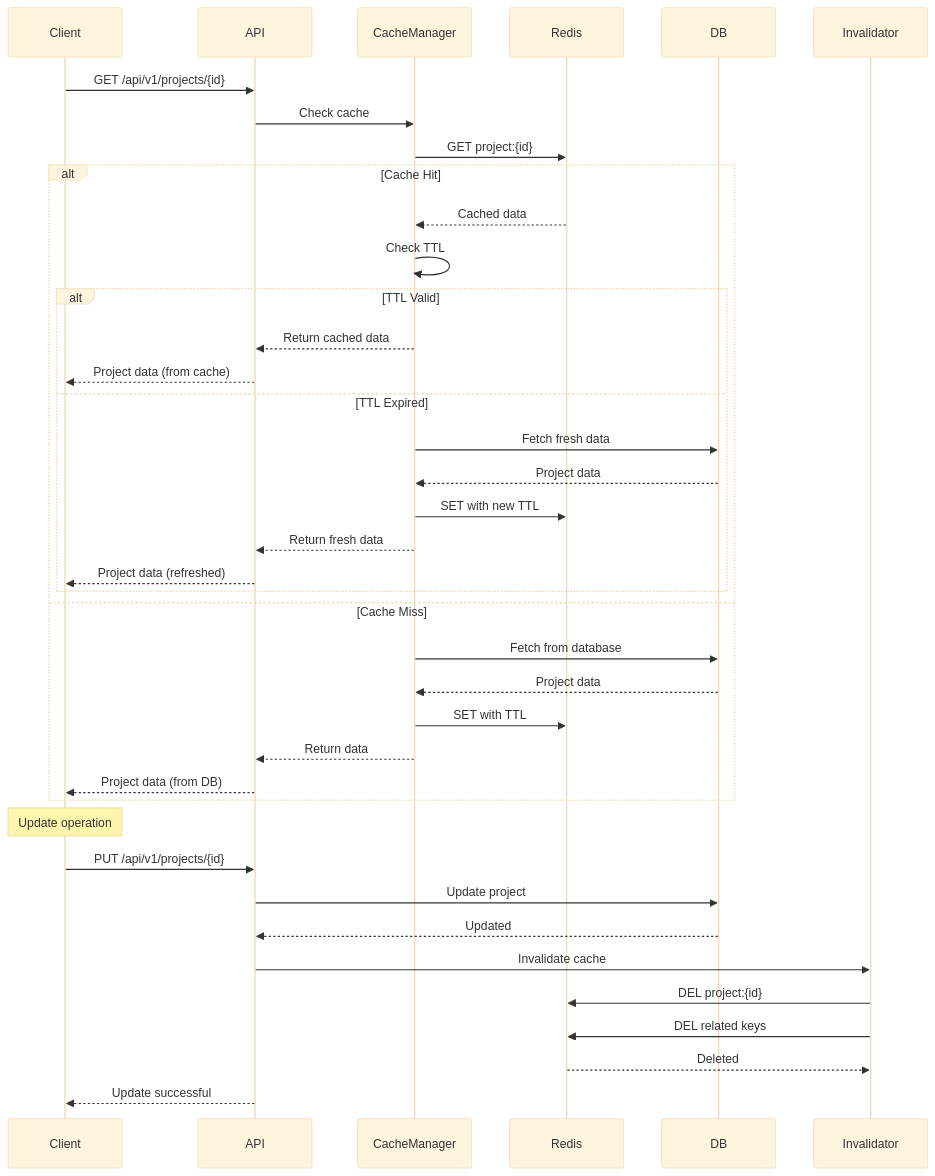
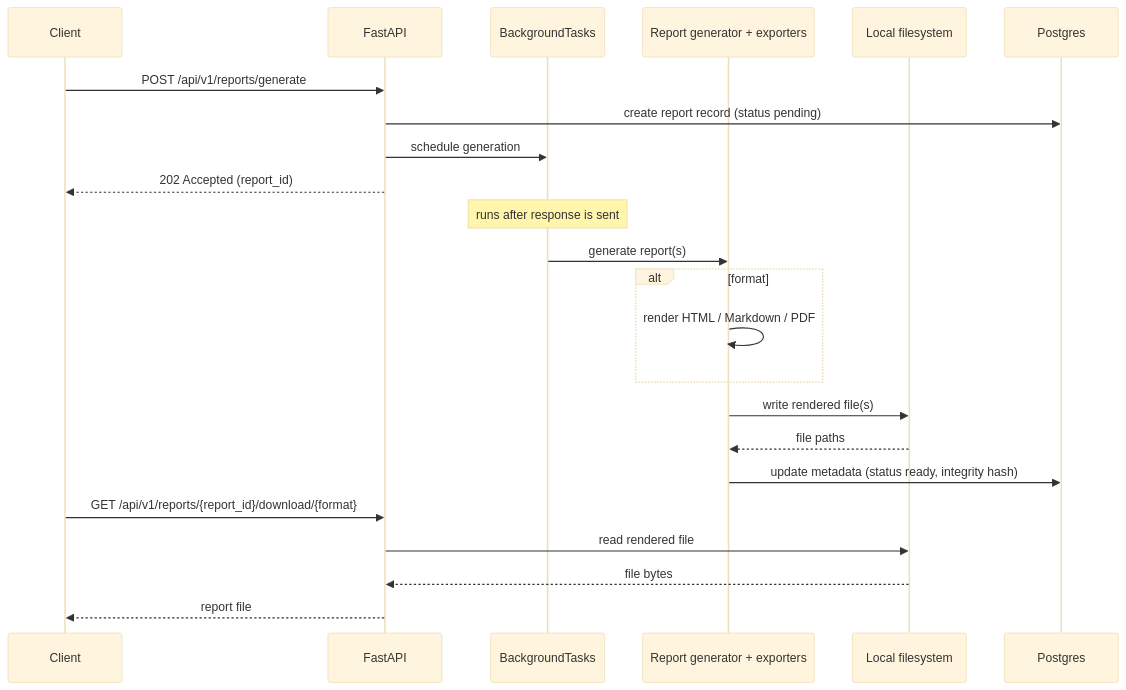
One commit to jsogarro/cerebro changed the eighth of 10 diagrams in docs/workflow-sequence-diagrams.md. Above: the diagram before and after it, drawn with Mermaid (base theme). The commit also changed other lines of this file and 36 other files, not shown here.

First line of the commit message:
docs: align all documentation with the current architecture

````diff
--- a/docs/workflow-sequence-diagrams.md
+++ b/docs/workflow-sequence-diagrams.md
@@ -359,45 +364,29 @@
 ```mermaid
 sequenceDiagram
     participant Client
-    participant API
-    participant CacheManager
-    participant Redis
-    participant DB
-    participant Invalidator
-    
-    Client->>API: GET /api/v1/projects/{id}
-    API->>CacheManager: Check cache
-    CacheManager->>Redis: GET project:{id}
-    
-    alt Cache Hit
-        Redis-->>CacheManager: Cached data
-        CacheManager->>CacheManager: Check TTL
-        alt TTL Valid
-            CacheManager-->>API: Return cached data
-            API-->>Client: Project data (from cache)
-        else TTL Expired
-            CacheManager->>DB: Fetch fresh data
-            DB-->>CacheManager: Project data
-            CacheManager->>Redis: SET with new TTL
-            CacheManager-->>API: Return fresh data
-            API-->>Client: Project data (refreshed)
-        end
-    else Cache Miss
-        CacheManager->>DB: Fetch from database
-        DB-->>CacheManager: Project data
-        CacheManager->>Redis: SET with TTL
-        CacheManager-->>API: Return data
-        API-->>Client: Project data (from DB)
+    participant API as FastAPI
+    participant BG as BackgroundTasks
+    participant Gen as Report generator + exporters
+    participant FS as Local filesystem
+    participant DB as Postgres
+
+    Client->>API: POST /api/v1/reports/generate
+    API->>DB: create report record (status pending)
+    API->>BG: schedule generation
+    API-->>Client: 202 Accepted (report_id)
+
+    Note over BG: runs after response is sent
+
+    BG->>Gen: generate report(s)
+    alt format
+        Gen->>Gen: render HTML / Markdown / PDF
     end
-    
-    Note over Client: Update operation
-    
-    Client->>API: PUT /api/v1/projects/{id}
-    API->>DB: Update project
-    DB-->>API: Updated
-    API->>Invalidator: Invalidate cache
-    Invalidator->>Redis: DEL project:{id}
-    Invalidator->>Redis: DEL related keys
-    Redis-->>Invalidator: Deleted
-    API-->>Client: Update successful
+    Gen->>FS: write rendered file(s)
+    FS-->>Gen: file paths
+    Gen->>DB: update metadata (status ready, integrity hash)
+
+    Client->>API: GET /api/v1/reports/{report_id}/download/{format}
+    API->>FS: read rendered file
+    FS-->>API: file bytes
+    API-->>Client: report file
 ```
````
